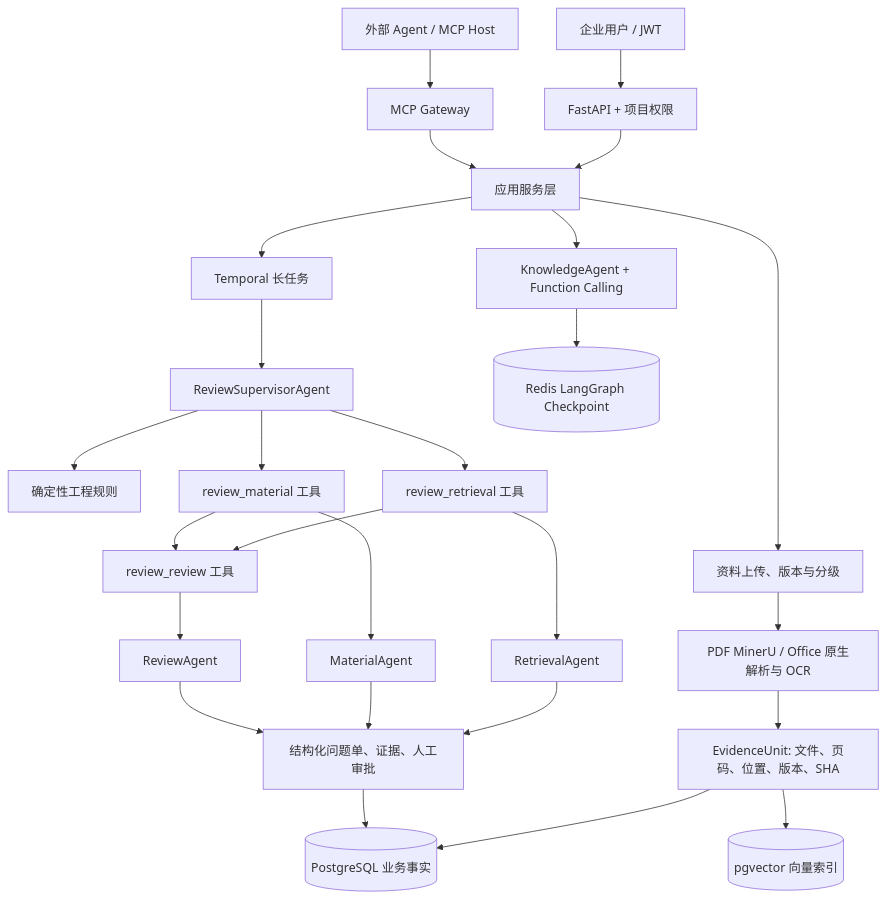
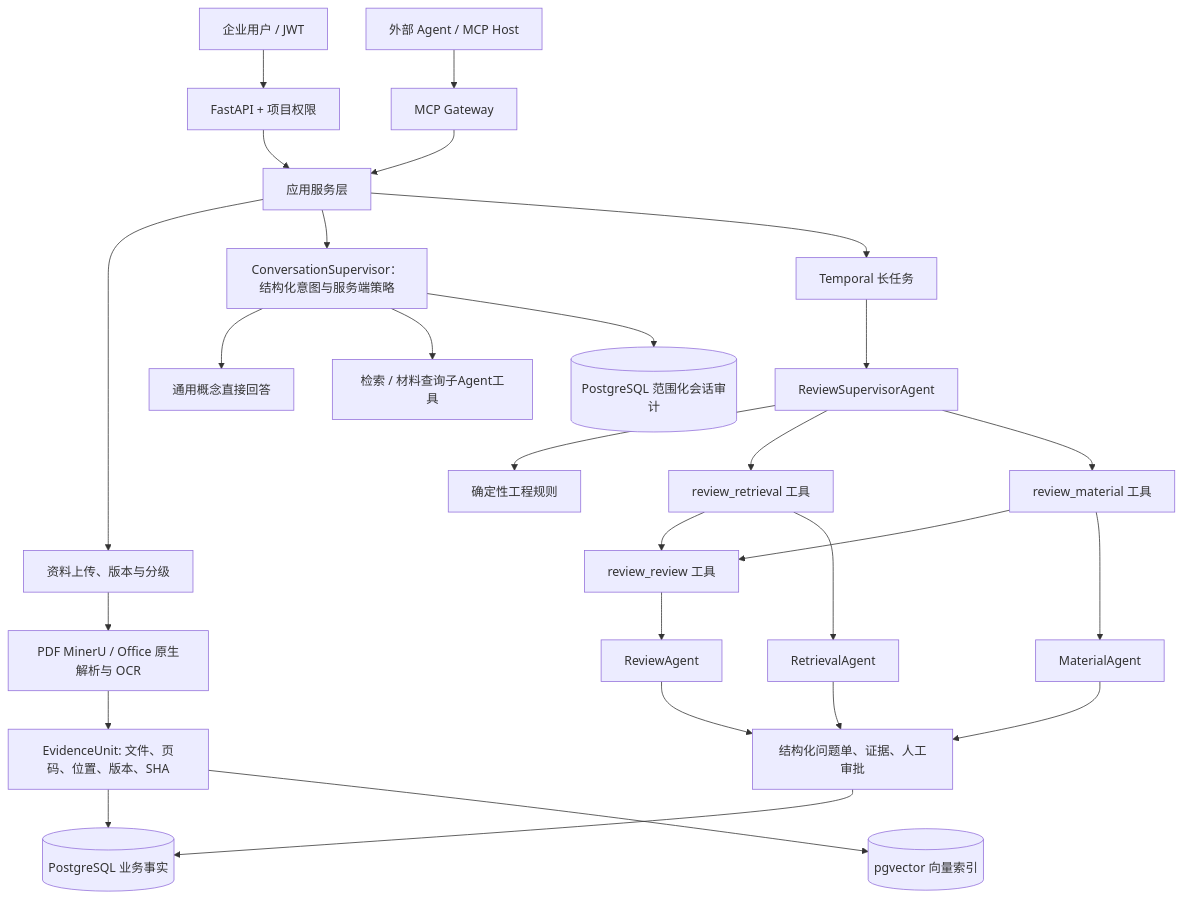
The diagram in docs/architecture.md (xbzz1018/membrane-engineering-knowledge-agent), drawn with Mermaid before and after one commit. The commit also changed other lines of this file and 96 other files, not shown here.

````diff
--- a/docs/architecture.md
+++ b/docs/architecture.md
@@ -7,28 +9,30 @@
 ```mermaid
 flowchart TD
     U[企业用户 / JWT] --> API[FastAPI + 项目权限]
     H[外部 Agent / MCP Host] --> MCP[MCP Gateway]
     API --> APP[应用服务层]
     MCP --> APP
     APP --> DOC[资料上传、版本与分级]
     DOC --> P[PDF MinerU / Office 原生解析与 OCR]
     P --> E[EvidenceUnit: 文件、页码、位置、版本、SHA]
     E --> PG[(PostgreSQL 业务事实)]
     E --> V[(pgvector 向量索引)]
-    APP --> KA[KnowledgeAgent + Function Calling]
+    APP --> KA[ConversationSupervisor：结构化意图与服务端策略]
+    KA --> GK[通用概念直接回答]
+    KA --> QT[检索 / 材料查询子Agent工具]
     APP --> T[Temporal 长任务]
     T --> S[ReviewSupervisorAgent]
     S --> R[确定性工程规则]
     S --> DT[review_retrieval 工具]
     S --> MT[review_material 工具]
     DT --> CT[review_review 工具]
     MT --> CT
     DT --> D[RetrievalAgent]
     MT --> M[MaterialAgent]
     CT --> C[ReviewAgent]
     D --> I[结构化问题单、证据、人工审批]
     M --> I
     C --> I
     I --> PG
-    KA --> RC[(Redis LangGraph Checkpoint)]
+    KA --> CH[(PostgreSQL 范围化会话审计)]
 ```
````
